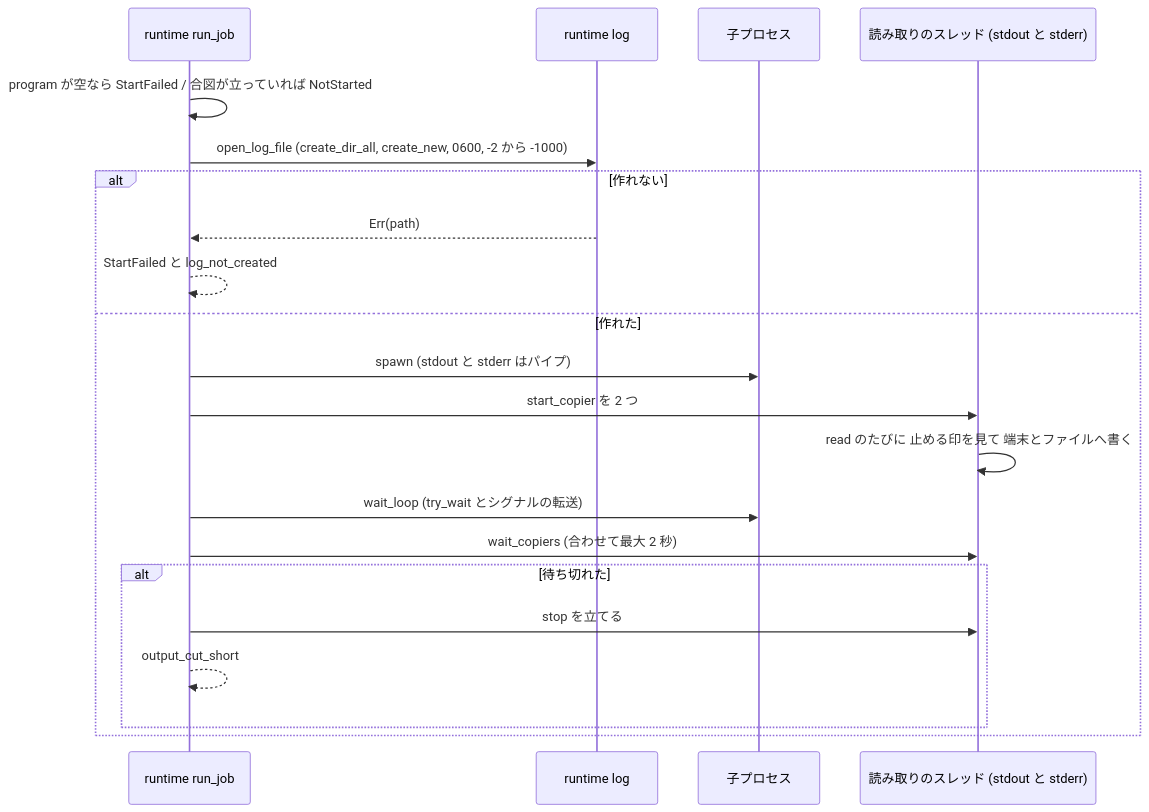
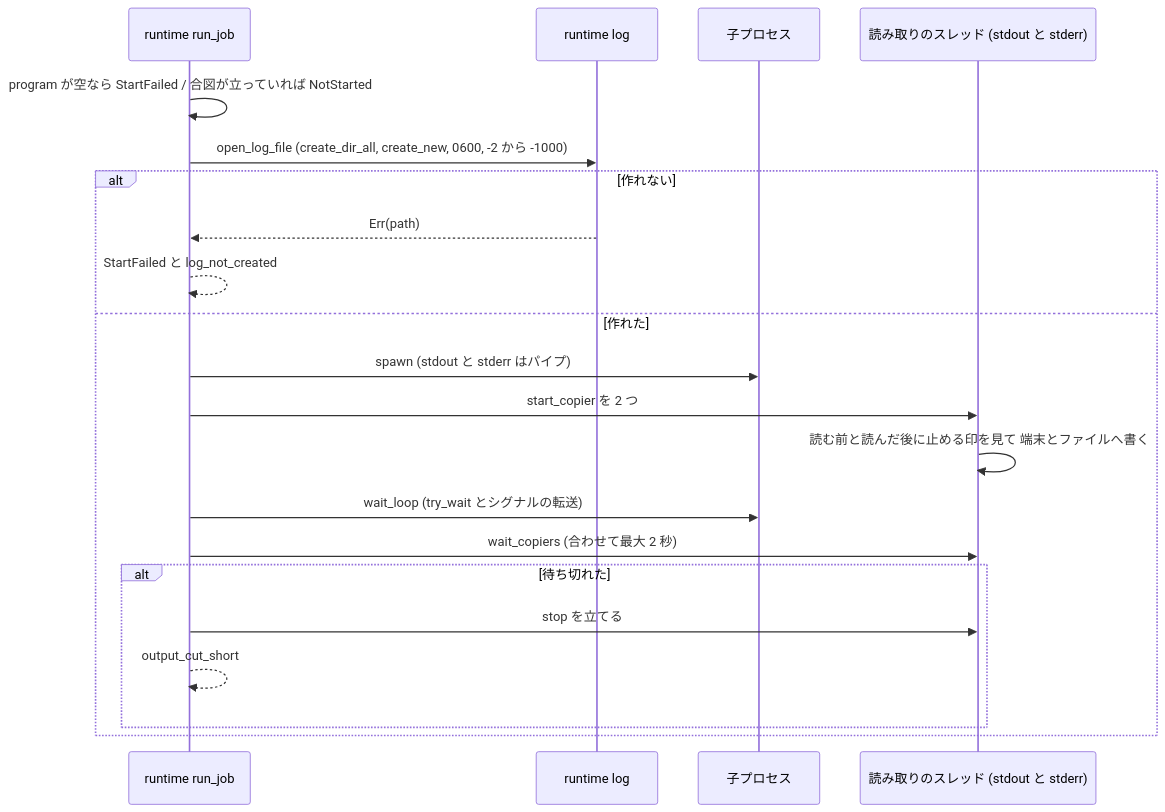
Before and after one commit to agwlvssainokuni/rust-job-conductor: the fifth of 6 diagrams in aidlc/spaces/default/codekb/rust-job-conductor/architecture.md, drawn with Mermaid. The commit also changed other lines of this file and 15 other files, not shown here.

````diff
--- a/aidlc/spaces/default/codekb/rust-job-conductor/architecture.md
+++ b/aidlc/spaces/default/codekb/rust-job-conductor/architecture.md
@@ -184,23 +184,23 @@
 ```mermaid
 sequenceDiagram
     participant R as runtime run_job
     participant L as runtime log
     participant P as 子プロセス
     participant T as 読み取りのスレッド (stdout と stderr)
     R->>R: program が空なら StartFailed / 合図が立っていれば NotStarted
     R->>L: open_log_file (create_dir_all, create_new, 0600, -2 から -1000)
     alt 作れない
         L-->>R: Err(path)
         R-->>R: StartFailed と log_not_created
     else 作れた
         R->>P: spawn (stdout と stderr はパイプ)
         R->>T: start_copier を 2 つ
-        T->>T: read のたびに 止める印を見て 端末とファイルへ書く
+        T->>T: 読む前と読んだ後に止める印を見て 端末とファイルへ書く
         R->>P: wait_loop (try_wait とシグナルの転送)
         R->>T: wait_copiers (合わせて最大 2 秒)
         alt 待ち切れた
             R->>T: stop を立てる
             R-->>R: output_cut_short
         end
     end
 ```
````
